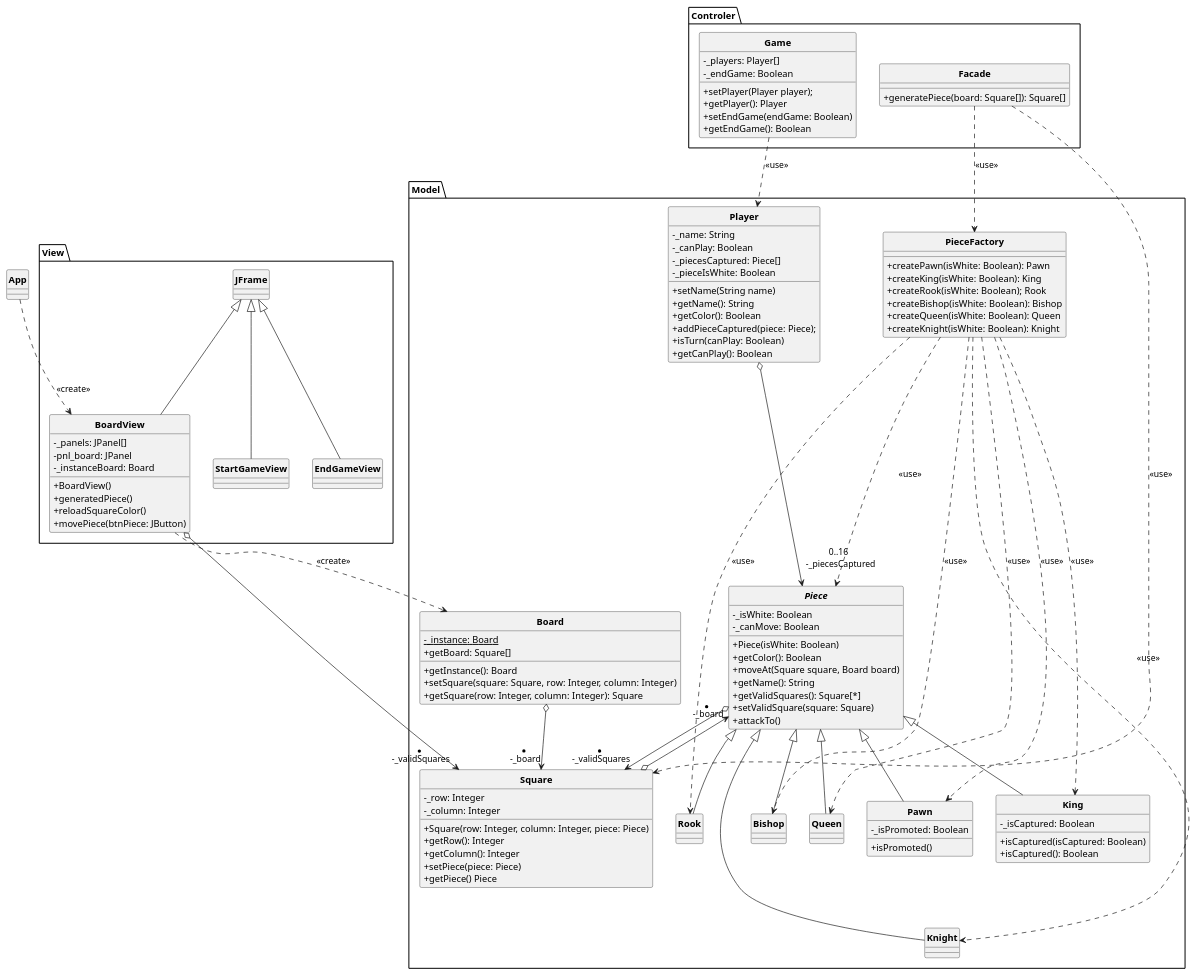
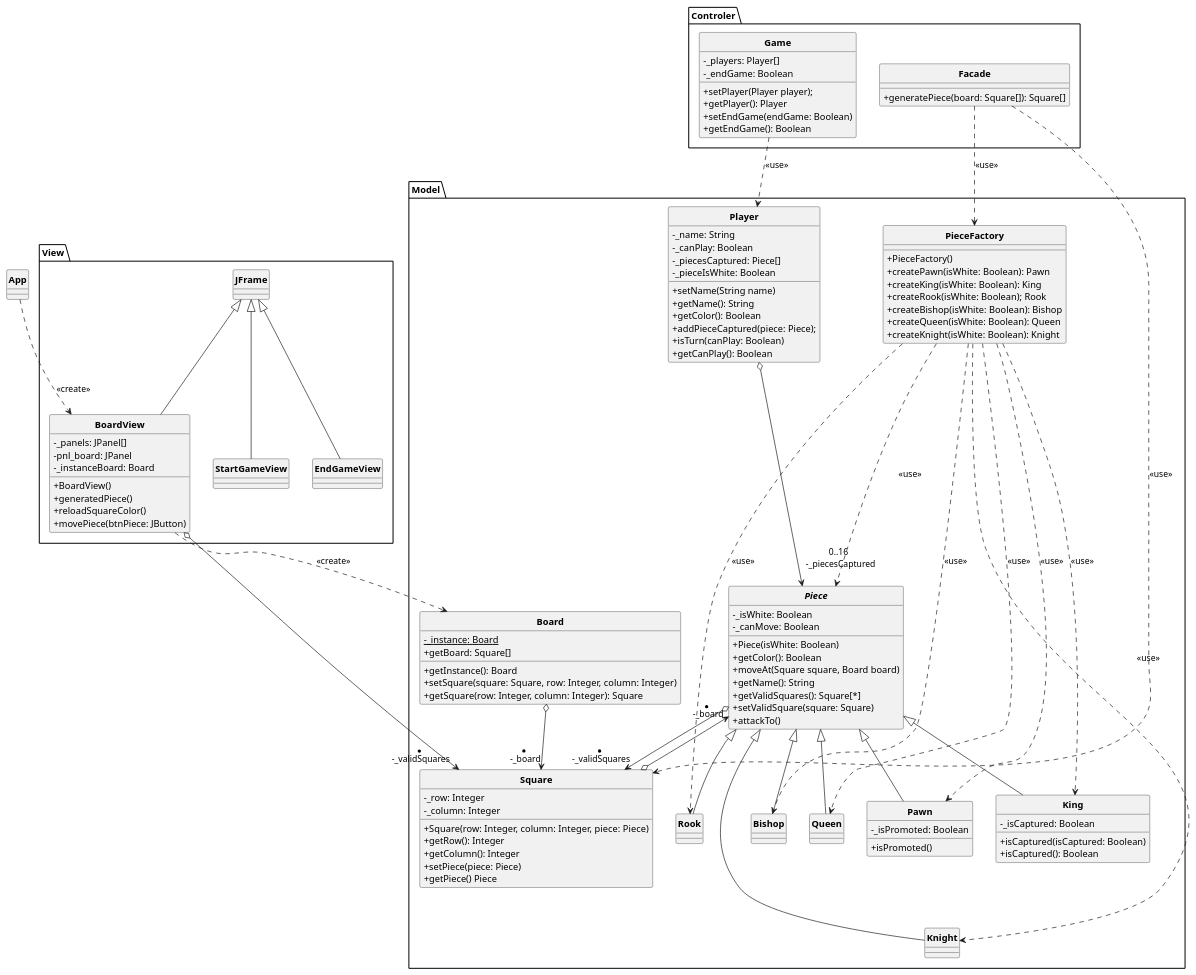
The diagram in UML/Chessgame.puml (MaxDevelo/Chess-Game), drawn with PlantUML before and after one commit. The commit also changed 2 other files, not shown here.

```diff
--- a/UML/Chessgame.puml
+++ b/UML/Chessgame.puml
@@ -1,149 +1,150 @@
 @startuml
 
 skinparam style strictuml
 skinparam classAttributeIconSize 0
 skinparam classFontStyle Bold
 hide enum methods
 
 
 class App{
 
 }
 
 package Model{
     class Player{
     - _name: String
     - _canPlay: Boolean
     - _piecesCaptured: Piece[]
     - _pieceIsWhite: Boolean
     + setName(String name)
     + getName(): String
     + getColor(): Boolean
     + addPieceCaptured(piece: Piece);
     + isTurn(canPlay: Boolean)
     + getCanPlay(): Boolean
     }
 
     class Board{
     - _instance: Board {static}
     + getInstance(): Board
     + setSquare(square: Square, row: Integer, column: Integer)
     + getSquare(row: Integer, column: Integer): Square
     + getBoard: Square[]
     }
 
     class Square{
     - _row: Integer
     - _column: Integer
     + Square(row: Integer, column: Integer, piece: Piece)
     + getRow(): Integer
     + getColumn(): Integer
     + setPiece(piece: Piece)
     + getPiece() Piece
     }
 
     class PieceFactory{
+    + PieceFactory()
     + createPawn(isWhite: Boolean): Pawn
     + createKing(isWhite: Boolean): King
     + createRook(isWhite: Boolean); Rook
     + createBishop(isWhite: Boolean): Bishop
     + createQueen(isWhite: Boolean): Queen
     + createKnight(isWhite: Boolean): Knight
     }
 
     abstract Piece{
     - _isWhite: Boolean
     - _canMove: Boolean
     + Piece(isWhite: Boolean)
     + getColor(): Boolean
     + moveAt(Square square, Board board)
     + getName(): String
     + getValidSquares(): Square[*]
     + setValidSquare(square: Square)
     + attackTo()
     }
 
     class Pawn{
     - _isPromoted: Boolean
     + isPromoted()
     }
 
     class King{
     - _isCaptured: Boolean
     + isCaptured(isCaptured: Boolean)
     + isCaptured(): Boolean
     }
 
     class Rook{
     }
 
     class Bishop{
     }
 
     class Queen{
     }
 
     class Knight{
     }
 
 }
 
 package View{
 class StartGameView extends JFrame{
 
 }
 class  BoardView extends JFrame{
     - _panels: JPanel[]
     - pnl_board: JPanel
     - _instanceBoard: Board
     + BoardView()
     + generatedPiece()
     + reloadSquareColor()
     + movePiece(btnPiece: JButton)
 }
 class EndGameView extends JFrame{
 
 }
 }
 
 package Controler{
     class Facade{
     + generatePiece(board: Square[]): Square[]
     }
 
     class Game{
     - _players: Player[]
     - _endGame: Boolean
 
     + setPlayer(Player player);
     + getPlayer(): Player
     + setEndGame(endGame: Boolean)
     + getEndGame(): Boolean
     }
 
 }
 App ..> BoardView : <<create>>
 BoardView o--> "* \n -_validSquares" Square
 Facade ..> PieceFactory : <<use>>
 Facade ..> Square : <<use>>
 Square o--> "* \n -_board" Piece
 Board o--> "* \n -_board" Square
 Piece o--> "* \n -_validSquares" Square
 BoardView ..> Board : <<create>>
 PieceFactory ...> Piece : <<use>>
 Pawn -u-|> Piece
 King -u-|> Piece
 Rook -u-|> Piece
 Bishop -u-|> Piece
 Queen -u-|> Piece
 Knight -u--|> Piece
 PieceFactory ..> Pawn : <<use>>
 PieceFactory ..> King : <<use>>
 PieceFactory ..> Rook : <<use>>
 PieceFactory ..> Bishop : <<use>>
 PieceFactory ..> Queen : <<use>>
 PieceFactory ..> Knight : <<use>>
 Game ..> Player : <<use>>
 Player o---> "0..16 \n -_piecesCaptured\n" Piece
 
 @enduml
```
